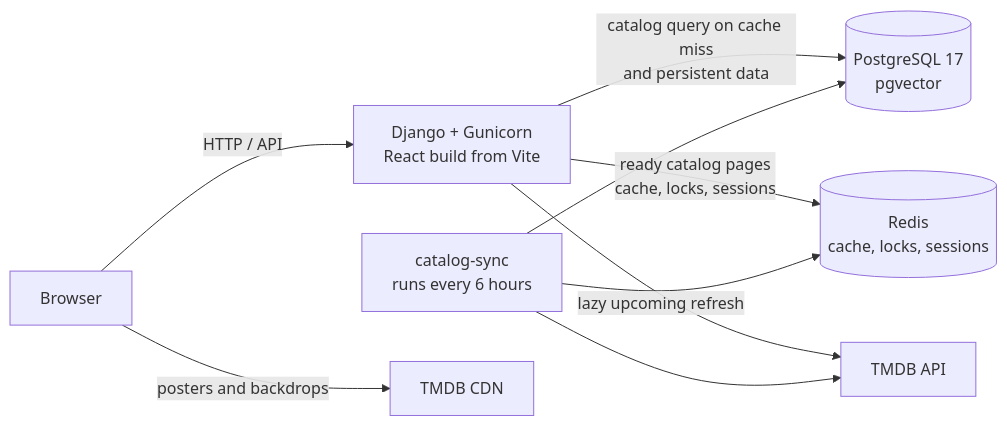
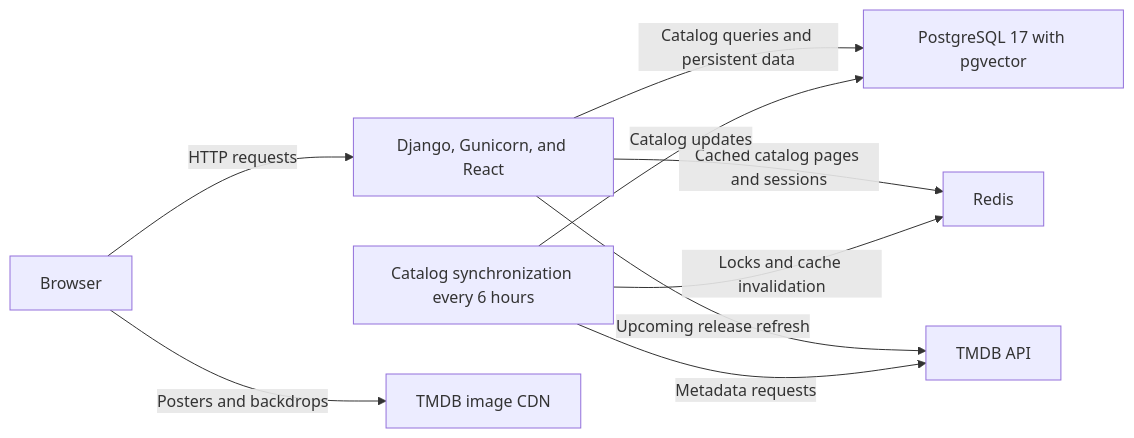
The first of 2 diagrams in README.md (M3T1X1/LLM_Movie_Advisor), drawn with Mermaid before and after one commit.

Commit message:
fix: fixed .md error on github

````diff
--- a/README.md
+++ b/README.md
@@ -124,19 +124,19 @@
 ```mermaid
 flowchart LR
-    Browser[Browser]
-    App[Django + Gunicorn<br/>React build from Vite]
-    Sync[catalog-sync<br/>runs every 6 hours]
-    DB[(PostgreSQL 17<br/>pgvector)]
-    Redis[(Redis<br/>cache, locks, sessions)]
-    TMDB[TMDB API]
-    CDN[TMDB CDN]
+    Browser["Browser"]
+    App["Django, Gunicorn, and React"]
+    Sync["Catalog synchronization every 6 hours"]
+    Database["PostgreSQL 17 with pgvector"]
+    Cache["Redis"]
+    TMDB["TMDB API"]
+    CDN["TMDB image CDN"]
 
-    Browser -->|HTTP / API| App
-    App -->|catalog query on cache miss<br/>and persistent data| DB
-    App -->|ready catalog pages<br/>cache, locks, sessions| Redis
-    App -->|lazy upcoming refresh| TMDB
-    Sync --> TMDB
-    Sync --> DB
-    Sync --> Redis
-    Browser -->|posters and backdrops| CDN
+    Browser -->|HTTP requests| App
+    App -->|Catalog queries and persistent data| Database
+    App -->|Cached catalog pages and sessions| Cache
+    App -->|Upcoming release refresh| TMDB
+    Sync -->|Metadata requests| TMDB
+    Sync -->|Catalog updates| Database
+    Sync -->|Locks and cache invalidation| Cache
+    Browser -->|Posters and backdrops| CDN
 ```
````
